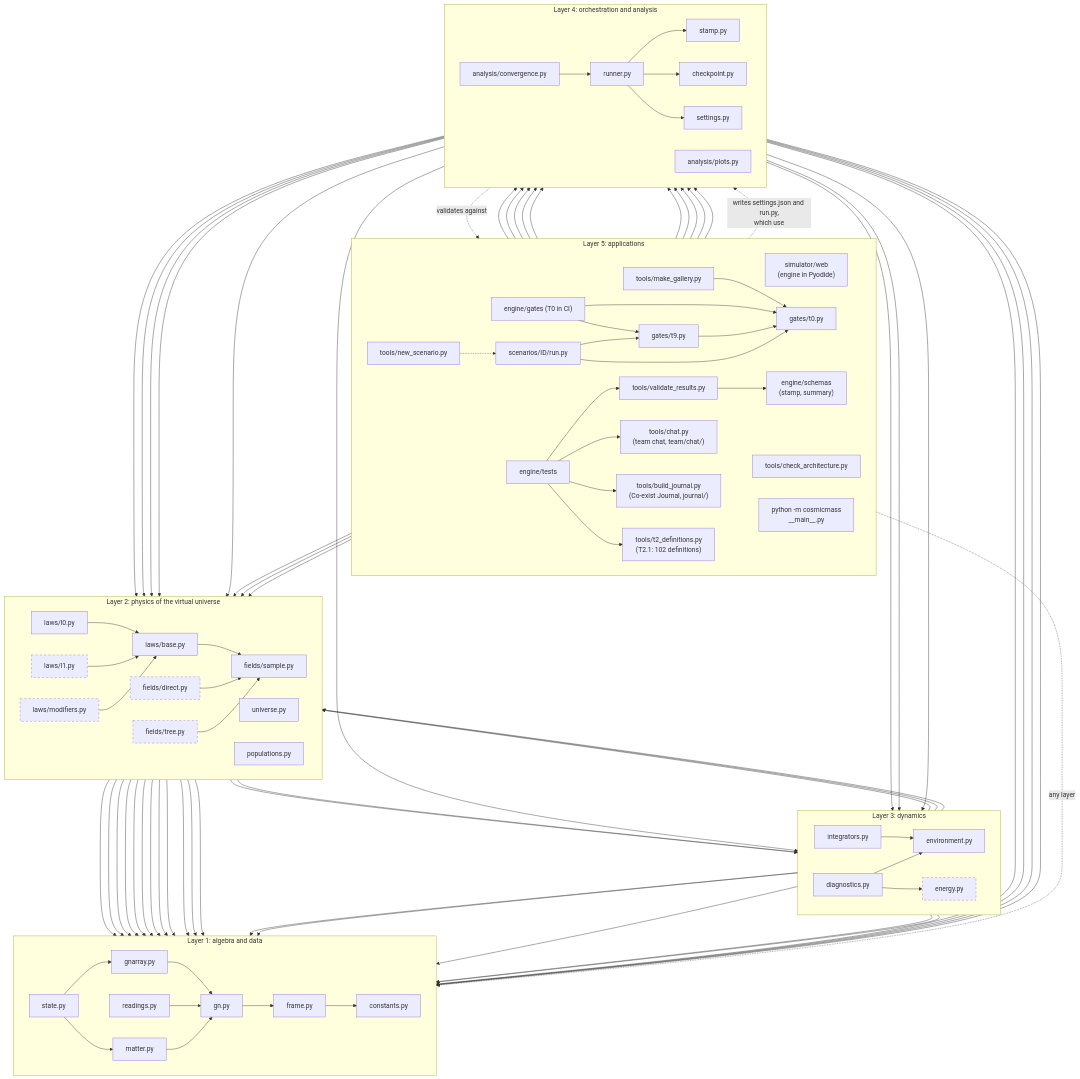
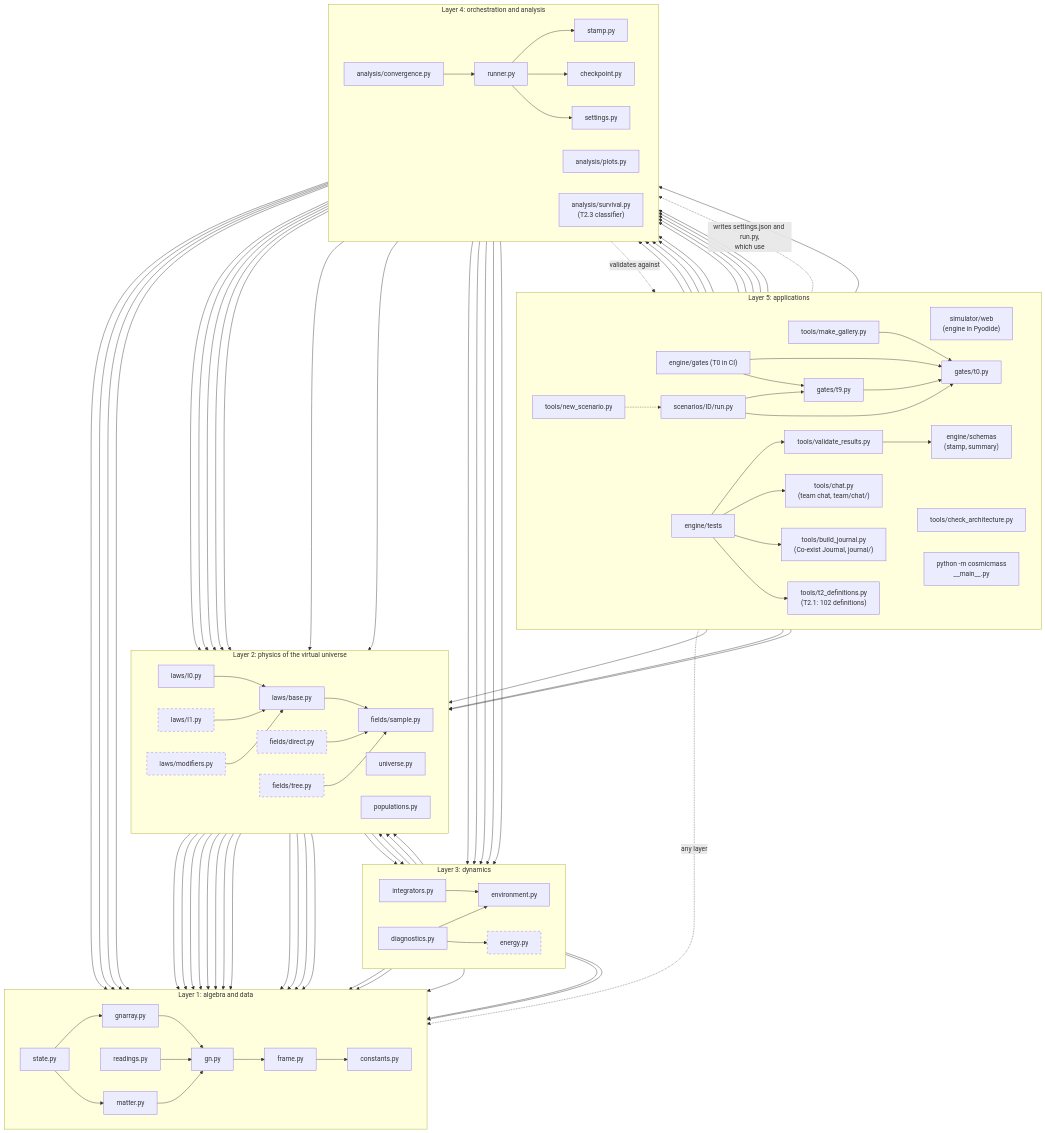
One commit to MostafaDerraz/cosmic-mass-lab changed the second of 8 diagrams in ARCHITECTURE.md. Above: the diagram before and after it, drawn with Mermaid. The commit also changed other lines of this file and 7 other files, not shown here.

```diff
--- a/ARCHITECTURE.md
+++ b/ARCHITECTURE.md
@@ -170,6 +172,7 @@
         settings["settings.py"]
         convergence["analysis/convergence.py"]
         plots["analysis/plots.py"]
+        survival["analysis/survival.py<br/>(T2.3 classifier)"]
     end
 
     subgraph L3["Layer 3: dynamics"]
@@ -248,6 +251,10 @@
     settings --> matter
     convergence --> runner
     plots --> constants
+    survival --> fields
+    survival --> lawbase
+    survival --> energy
+    tests --> survival
     diagnostics --> environment
     integrators --> fields
     integrators --> environment
```
